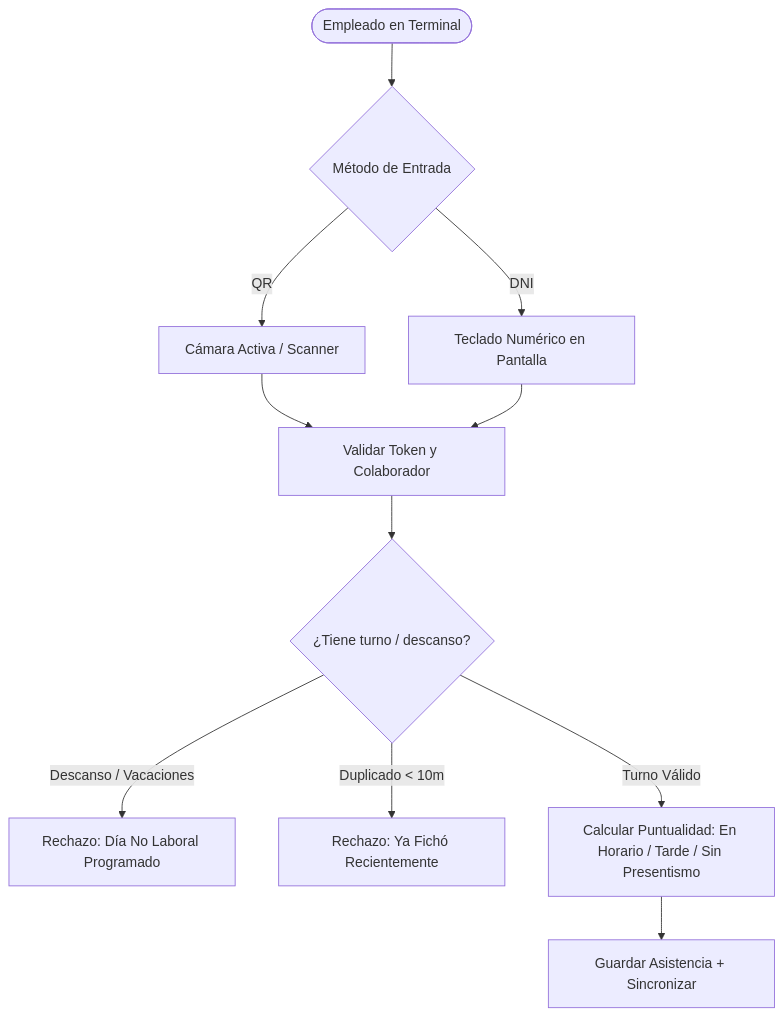
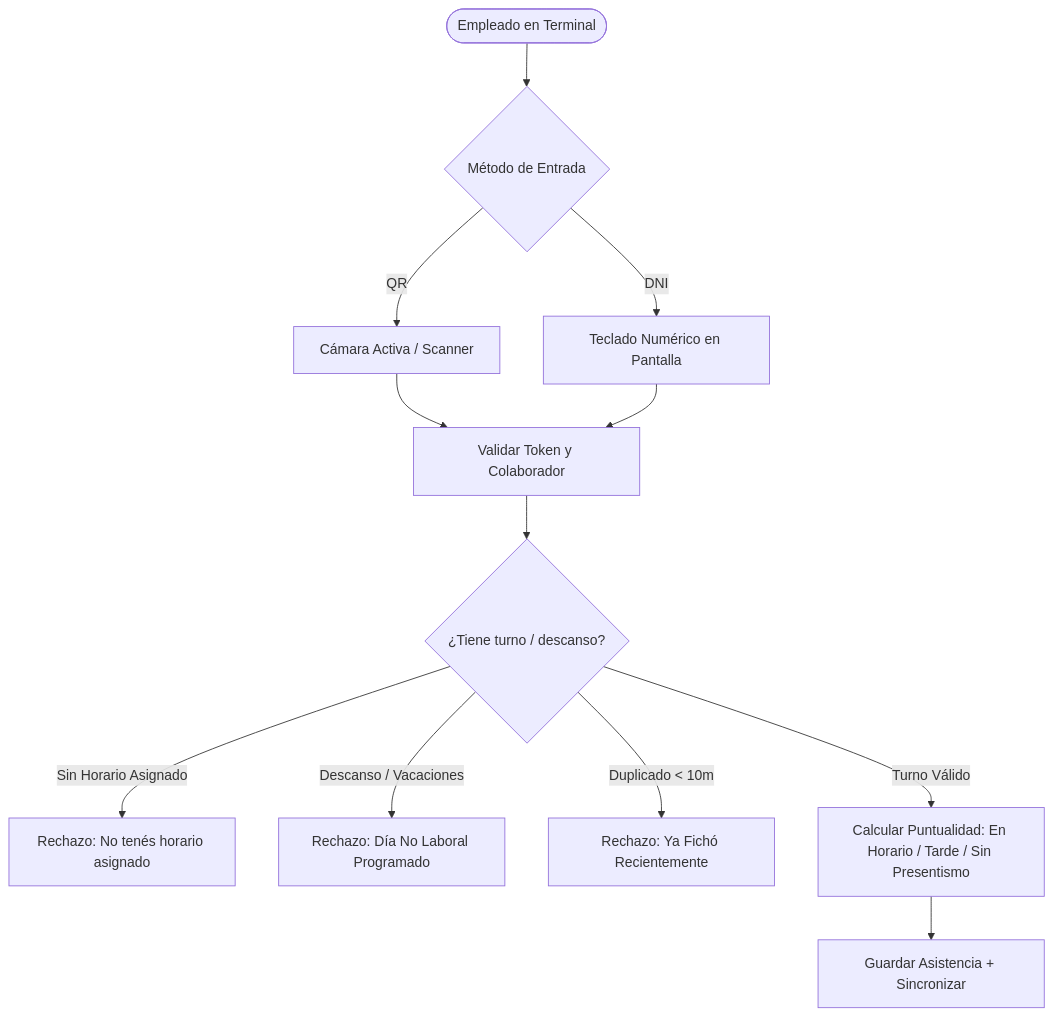
Before and after one commit to oficina13central/secureqr-attendance-system: the third of 3 diagrams in manual_usuario.md, drawn with Mermaid. The commit also changed other lines of this file and 8 other files, not shown here.

Commit message:
fix: bloquear marcacion sin horario asignado y corregir scroll de modales en dispositivos moviles

````diff
--- a/manual_usuario.md
+++ b/manual_usuario.md
@@ -90,13 +91,14 @@
 ```mermaid
 flowchart TD
     A([Empleado en Terminal]) --> B{Método de Entrada}
     B -- QR --> C[Cámara Activa / Scanner]
     B -- DNI --> D[Teclado Numérico en Pantalla]
     C --> E[Validar Token y Colaborador]
     D --> E
     E --> F{¿Tiene turno / descanso?}
+    F -- Sin Horario Asignado --> G0[Rechazo: No tenés horario asignado]
     F -- Descanso / Vacaciones --> G[Rechazo: Día No Laboral Programado]
     F -- Duplicado < 10m --> H[Rechazo: Ya Fichó Recientemente]
     F -- Turno Válido --> I[Calcular Puntualidad: En Horario / Tarde / Sin Presentismo]
     I --> J[Guardar Asistencia + Sincronizar]
 ```
````
